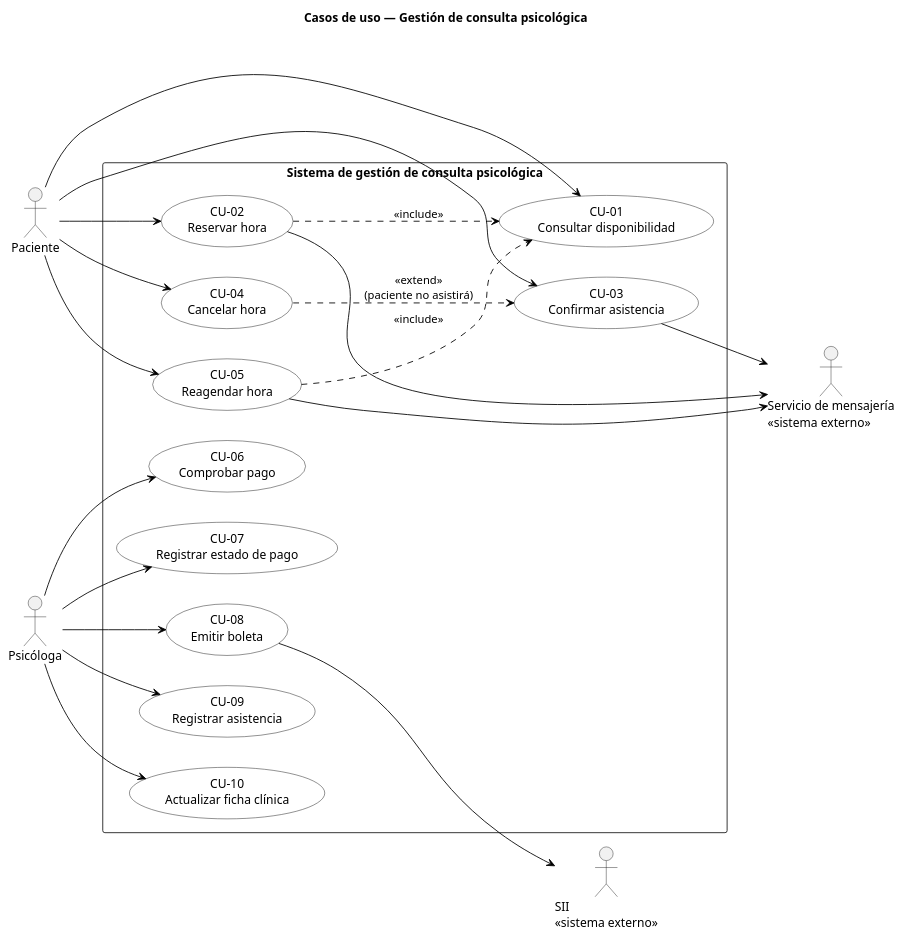
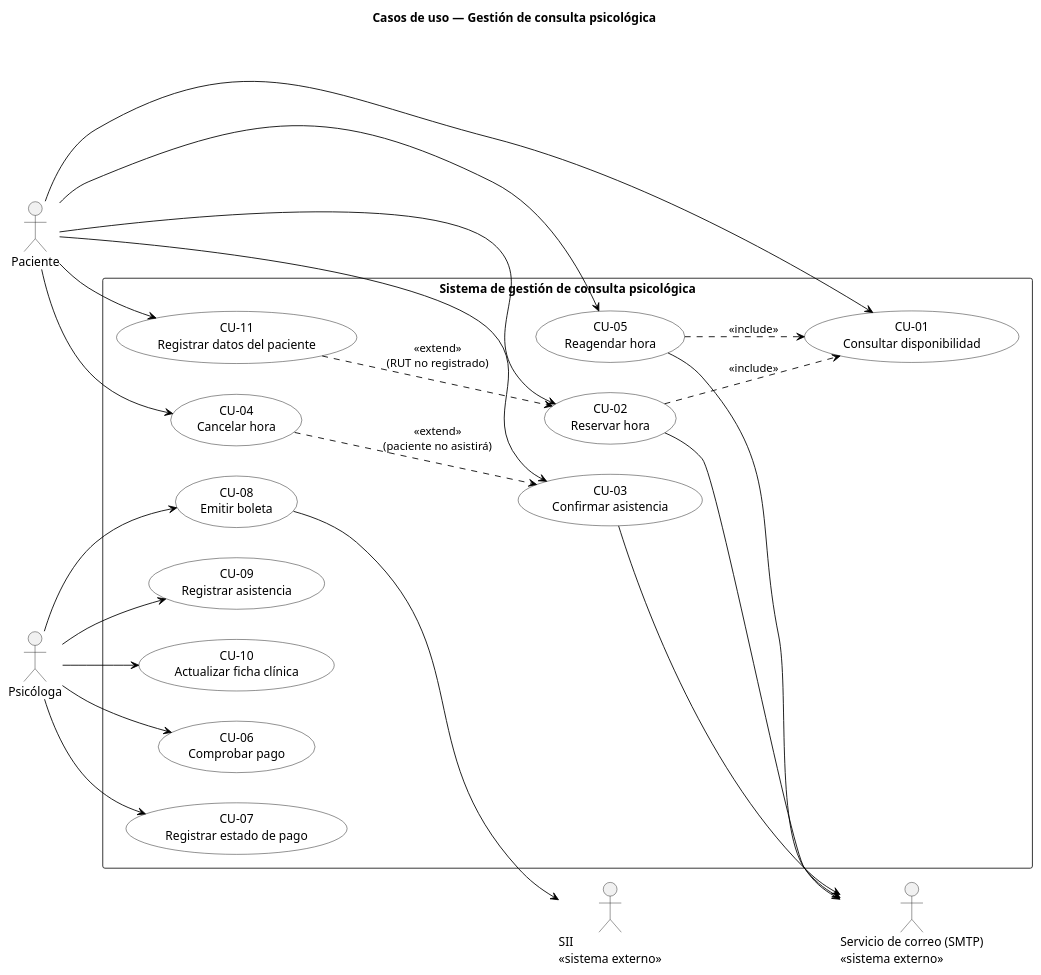
Before and after one commit to gestion-consulta-psicologica/ingenieria-requisitos: the diagram in diagramas/casos-de-uso.puml, drawn with PlantUML. The commit also changed 119 other files, not shown here.

```diff
--- a/diagramas/casos-de-uso.puml
+++ b/diagramas/casos-de-uso.puml
@@ -1,53 +1,56 @@
 @startuml casos-de-uso
 ' Diagrama de casos de uso — UML 2.0
 left to right direction
 skinparam shadowing false
 skinparam actorStyle stick
 skinparam packageStyle rectangle
 skinparam usecase {
   BackgroundColor White
   BorderColor Black
   ArrowColor Black
 }
 
 title Casos de uso — Gestión de consulta psicológica
 
 actor "Paciente" as PAC
 actor "Psicóloga" as PSI
-actor "Servicio de mensajería\n<<sistema externo>>" as MSJ
+actor "Servicio de correo (SMTP)\n<<sistema externo>>" as MSJ
 actor "SII\n<<sistema externo>>" as SII
 
 rectangle "Sistema de gestión de consulta psicológica" {
   usecase "CU-01\nConsultar disponibilidad" as CU01
   usecase "CU-02\nReservar hora" as CU02
   usecase "CU-03\nConfirmar asistencia" as CU03
   usecase "CU-04\nCancelar hora" as CU04
   usecase "CU-05\nReagendar hora" as CU05
   usecase "CU-06\nComprobar pago" as CU06
   usecase "CU-07\nRegistrar estado de pago" as CU07
   usecase "CU-08\nEmitir boleta" as CU08
   usecase "CU-09\nRegistrar asistencia" as CU09
   usecase "CU-10\nActualizar ficha clínica" as CU10
+  usecase "CU-11\nRegistrar datos del paciente" as CU11
 }
 
 PAC --> CU01
 PAC --> CU02
 PAC --> CU03
 PAC --> CU04
 PAC --> CU05
+PAC --> CU11
 
 PSI --> CU06
 PSI --> CU07
 PSI --> CU08
 PSI --> CU09
 PSI --> CU10
 
 CU02 ..> CU01 : <<include>>
 CU05 ..> CU01 : <<include>>
 CU04 ..> CU03 : <<extend>>\n(paciente no asistirá)
+CU11 ..> CU02 : <<extend>>\n(RUT no registrado)
 
 CU02 --> MSJ
 CU03 --> MSJ
 CU05 --> MSJ
 CU08 --> SII
 @enduml
```
